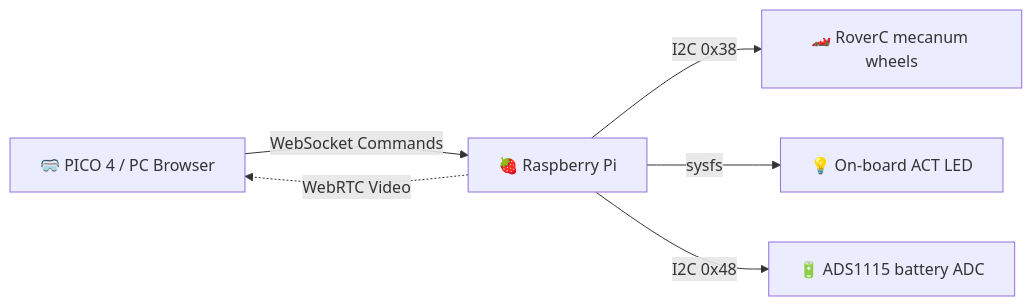
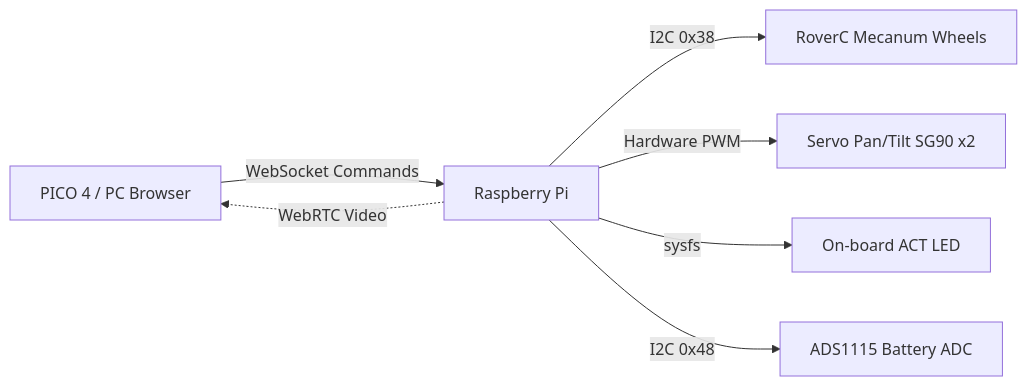
One commit to saifadecha07/CN360 changed the diagram in README.md. Above: the diagram before and after it, drawn with Mermaid. The commit also changed other lines of this file, not shown here.

Commit message:
docs: reorganize README with clear sections, Thai localization, and updated architecture

````diff
--- a/README.md
+++ b/README.md
@@ -45,8 +46,9 @@
 ```mermaid
 graph LR
-    A[🥽 PICO 4 / PC Browser] -->|WebSocket Commands| B[🍓 Raspberry Pi]
-    B -->|I2C 0x38| D[🏎️ RoverC mecanum wheels]
-    B -->|sysfs| F[💡 On-board ACT LED]
-    B -->|I2C 0x48| G[🔋 ADS1115 battery ADC]
+    A[PICO 4 / PC Browser] -->|WebSocket Commands| B[Raspberry Pi]
+    B -->|I2C 0x38| D[RoverC Mecanum Wheels]
+    B -->|Hardware PWM| E[Servo Pan/Tilt SG90 x2]
+    B -->|sysfs| F[On-board ACT LED]
+    B -->|I2C 0x48| G[ADS1115 Battery ADC]
     B -.->|WebRTC Video| A
 ```
````
